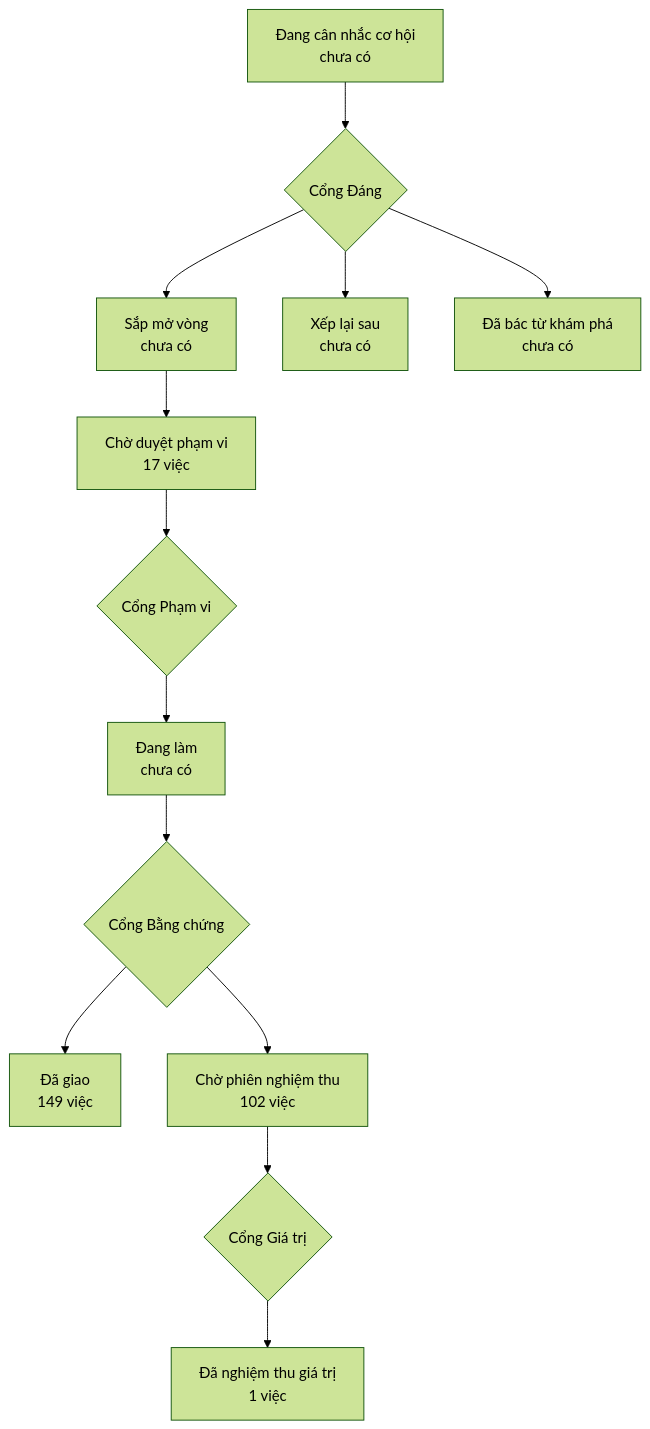
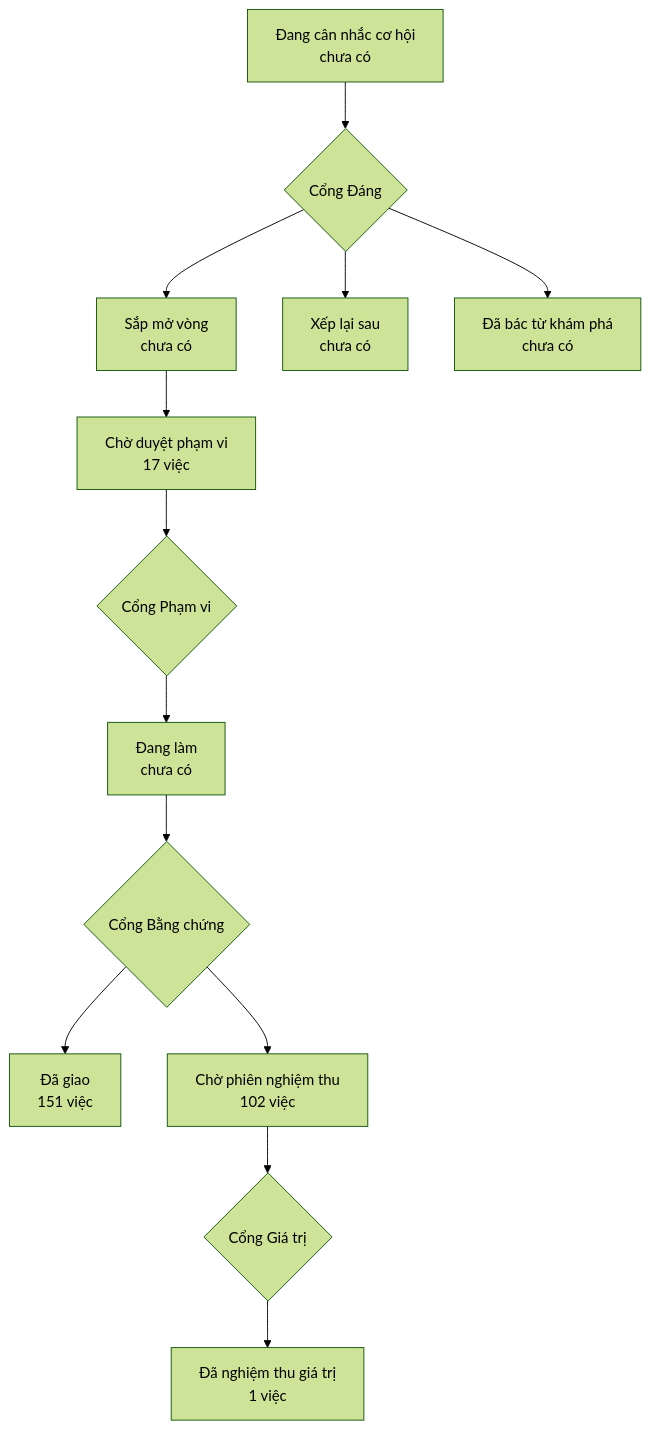
One commit to phanlemanh/onehub-invest changed the diagram in PRODUCT-MAP.md. Above: the diagram before and after it, drawn with Mermaid (forest theme). The commit also changed other lines of this file and 1 other file, not shown here.

Commit message:
chore(acceptance): vẽ lại bản đồ sau khi gộp main vào nhánh DB1

````diff
--- a/PRODUCT-MAP.md
+++ b/PRODUCT-MAP.md
@@ -7,12 +7,12 @@
 ```mermaid
 flowchart TD
   A["Đang cân nhắc cơ hội<br/>chưa có"] --> GD{"Cổng Đáng"}
   GD --> B["Sắp mở vòng<br/>chưa có"]
   GD --> XL["Xếp lại sau<br/>chưa có"]
   GD --> DB["Đã bác từ khám phá<br/>chưa có"]
   B --> CD["Chờ duyệt phạm vi<br/>17 việc"] --> GP{"Cổng Phạm vi"}
   GP --> DL["Đang làm<br/>chưa có"] --> GB{"Cổng Bằng chứng"}
-  GB --> DG["Đã giao<br/>149 việc"]
+  GB --> DG["Đã giao<br/>151 việc"]
   GB --> CN["Chờ phiên nghiệm thu<br/>102 việc"] --> GG{"Cổng Giá trị"}
   GG --> NT["Đã nghiệm thu giá trị<br/>1 việc"]
 ```
````
